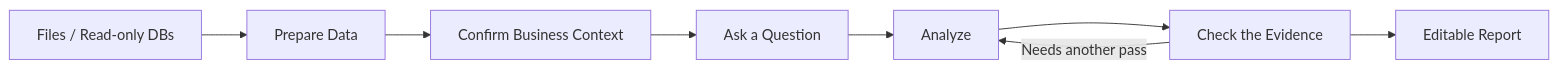
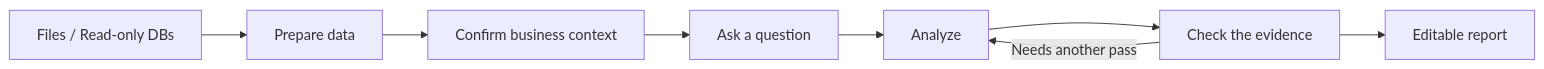
The diagram in README.en.md (MoonMao42/ReceiptBI), drawn with Mermaid before and after one commit. The commit also changed other lines of this file and 22 other files, not shown here.

````diff
--- a/README.en.md
+++ b/README.en.md
@@ -24,10 +96,10 @@
 ```mermaid
 flowchart LR
-    data["Files / Read-only DBs"] --> prep["Prepare Data"]
-    prep --> semantic["Confirm Business Context"]
-    semantic --> ask["Ask a Question"]
+    data["Files / Read-only DBs"] --> prep["Prepare data"]
+    prep --> semantic["Confirm business context"]
+    semantic --> ask["Ask a question"]
     ask --> run["Analyze"]
-    run --> validate["Check the Evidence"]
+    run --> validate["Check the evidence"]
     validate -->|Needs another pass| run
-    validate --> report["Editable Report"]
+    validate --> report["Editable report"]
 ```
````
